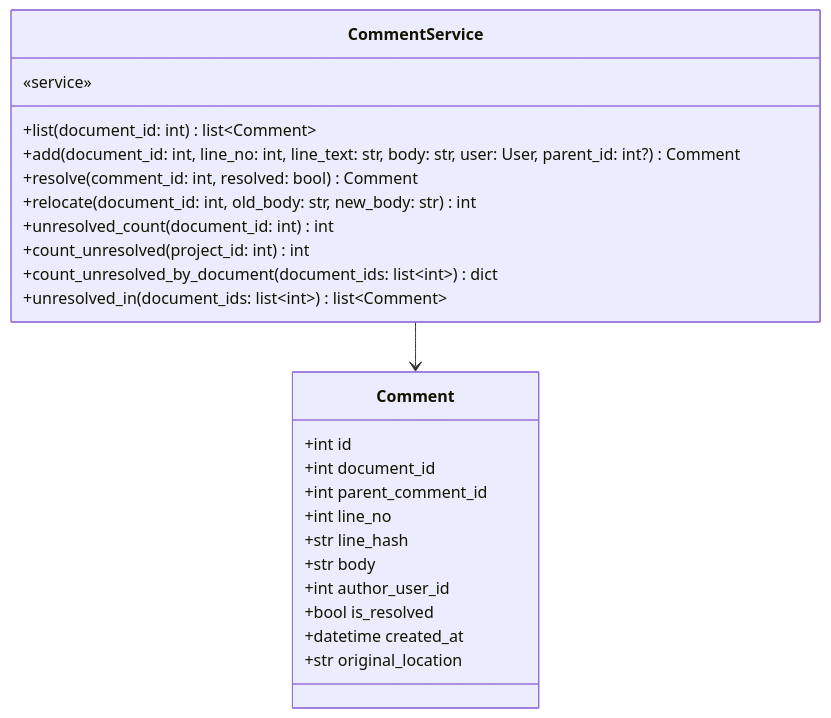
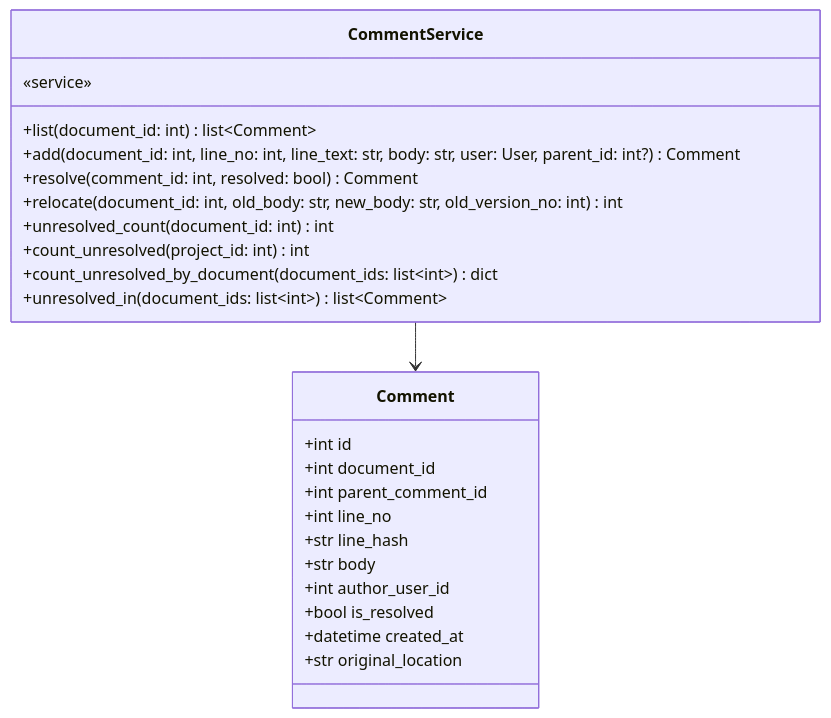
Before and after one commit to HoyoungParkme/syncdoc: diagram 19 of 20 in docs/specs/DOM/SYNC-DOM-002.md, drawn with Mermaid. The commit also changed other lines of this file, not shown here.

First line of the commit message:
spec(SYNC-DOM-002): init_project → Project, relocate(old_version_no), save_pipeline(project_code)

````diff
--- a/docs/specs/DOM/SYNC-DOM-002.md
+++ b/docs/specs/DOM/SYNC-DOM-002.md
@@ -768,27 +768,27 @@
 ```mermaid
 classDiagram
     class CommentService {
         «service»
         +list(document_id: int) list~Comment~
         +add(document_id: int, line_no: int, line_text: str, body: str, user: User, parent_id: int?) Comment
         +resolve(comment_id: int, resolved: bool) Comment
-        +relocate(document_id: int, old_body: str, new_body: str) int
+        +relocate(document_id: int, old_body: str, new_body: str, old_version_no: int) int
         +unresolved_count(document_id: int) int
         +count_unresolved(project_id: int) int
         +count_unresolved_by_document(document_ids: list~int~) dict
         +unresolved_in(document_ids: list~int~) list~Comment~
     }
     class Comment {
         +int id
         +int document_id
         +int parent_comment_id
         +int line_no
         +str line_hash
         +str body
         +int author_user_id
         +bool is_resolved
         +datetime created_at
         +str original_location
     }
     CommentService --> Comment
 ```
````
